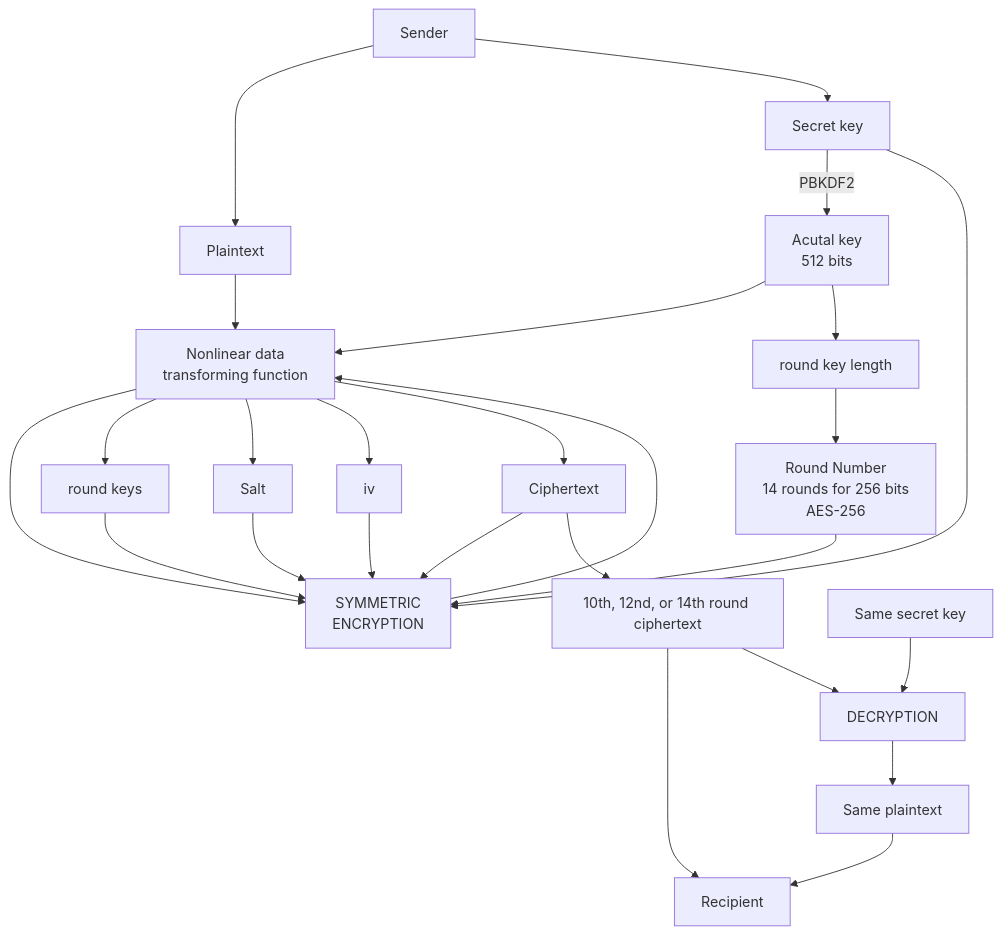
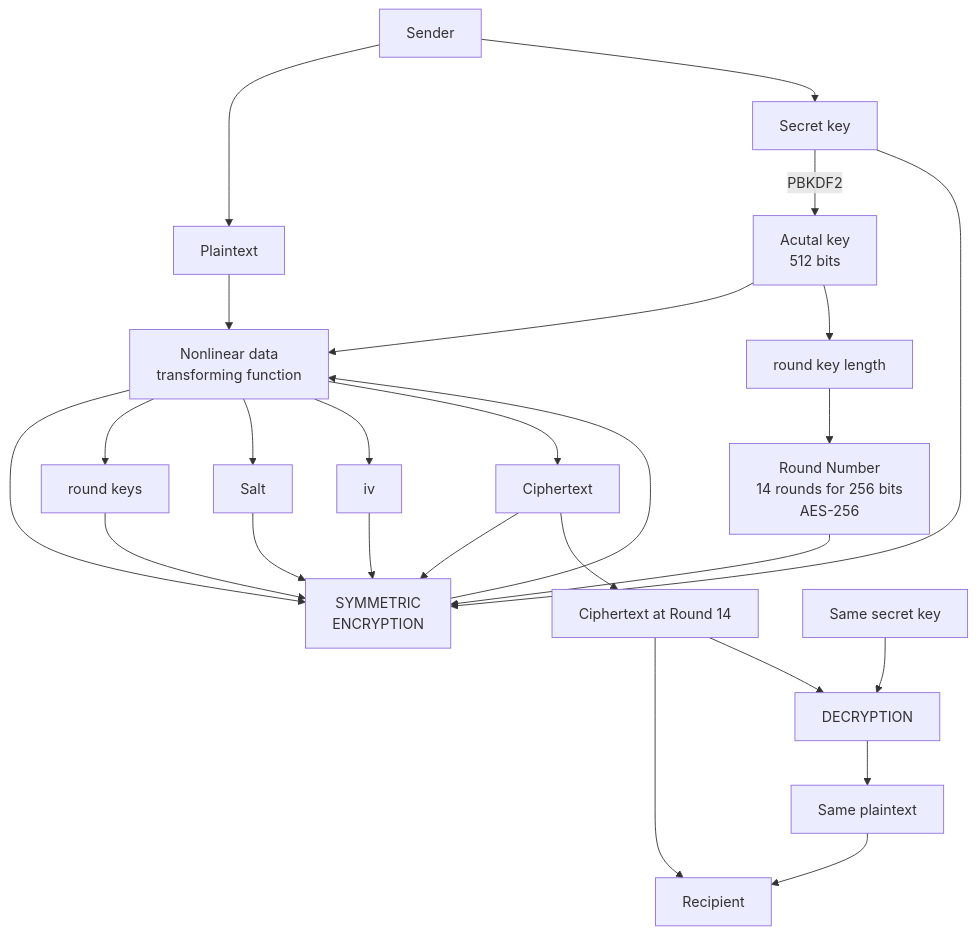
The diagram in README.md (Kietpawpan/encryption), drawn with Mermaid before and after one commit.

````diff
--- a/README.md
+++ b/README.md
@@ -5,17 +5,17 @@
 ```mermaid
 flowchart TD
     A[Sender] --> B[Plaintext]-->FC
     C[Secret key]--PBKDF2-->AK[Acutal key\n512 bits]-->FC-->D[SYMMETRIC\nENCRYPTION]-->FC
-    FN[10th, 12nd, or 14th round ciphertext]-->F[Recipient]
+    FN[Ciphertext at Round 14]-->F[Recipient]
     C2[Same secret key]-->G[DECRYPTION]-->I[Same plaintext]-->F
      FN-->G
 A-->C-->D
 RK[round keys]-->D
 AK-->RKL[round key length]-->RN[Round Number\n14 rounds for 256 bits\nAES-256]-->D
 FC[Nonlinear data \ntransforming function]
 FC-->RK
 FC-->SL[Salt]-->D
 FC-->iv[iv]-->D
 FC-->CFT[Ciphertext]-->D
 CFT-->FN
 ```
````
